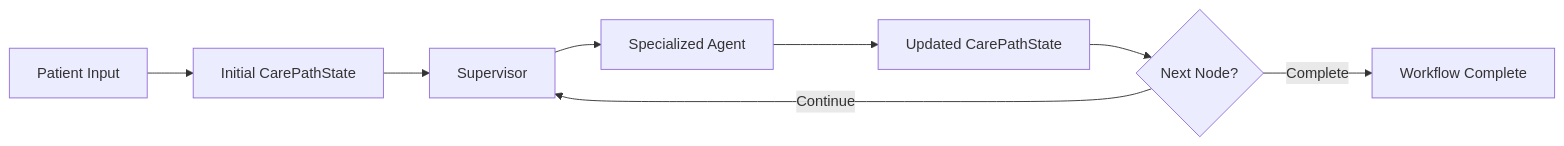
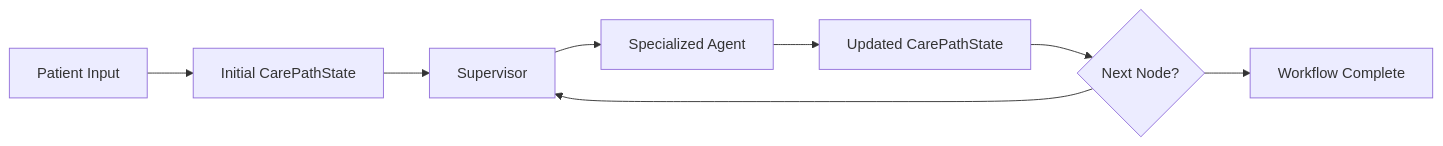
Diagram 15 of 16 in README.md (IlIGODIlI/CarePath-AI), drawn with Mermaid before and after one commit. The commit also changed other lines of this file, not shown here.

````diff
--- a/README.md
+++ b/README.md
@@ -1197,26 +1351,26 @@
 ```mermaid
 flowchart LR
 
-    INPUT["Patient Input"]
+ INPUT["Patient Input"]
 
-    INITIAL["Initial CarePathState"]
+ INITIAL["Initial CarePathState"]
 
-    SUP["Supervisor"]
+ SUP["Supervisor"]
 
-    AGENT["Specialized Agent"]
+ AGENT["Specialized Agent"]
 
-    UPDATED["Updated CarePathState"]
+ UPDATED["Updated CarePathState"]
 
-    NEXT{"Next Node?"}
+ NEXT{"Next Node?"}
 
-    COMPLETE["Workflow Complete"]
+ COMPLETE["Workflow Complete"]
 
-    INPUT --> INITIAL
-    INITIAL --> SUP
-    SUP --> AGENT
-    AGENT --> UPDATED
-    UPDATED --> NEXT
+ INPUT --> INITIAL
+ INITIAL --> SUP
+ SUP --> AGENT
+ AGENT --> UPDATED
+ UPDATED --> NEXT
 
-    NEXT -->|Continue| SUP
-    NEXT -->|Complete| COMPLETE
+ NEXT --> SUP
+ NEXT --> COMPLETE
 ```
````
